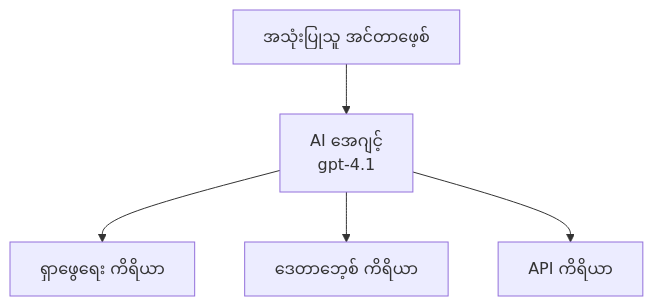
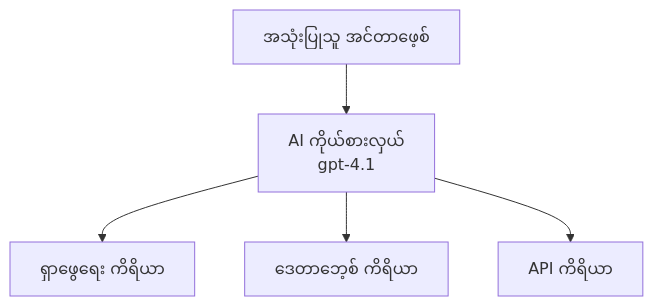
Before and after one commit to microsoft/AZD-for-beginners: the first of 3 diagrams in translations/my/docs/chapter-02-ai-development/agents.md, drawn with Mermaid. The commit also changed other lines of this file and 101 other files, not shown here.

````diff
--- a/translations/my/docs/chapter-02-ai-development/agents.md
+++ b/translations/my/docs/chapter-02-ai-development/agents.md
@@ -152,7 +157,7 @@
 ```mermaid
 graph TD
-    UI[အသုံးပြုသူ အင်တာဖေ့စ်] --> Agent[AI အေဂျင့်<br/>gpt-4.1]
+    UI[အသုံးပြုသူ အင်တာဖေ့စ်] --> Agent[AI ကိုယ်စားလှယ်<br/>gpt-4.1]
     Agent --> Search[ရှာဖွေရေး ကိရိယာ]
     Agent --> Database[ဒေတာဘေ့စ် ကိရိယာ]
     Agent --> API[API ကိရိယာ]
 ```
````
